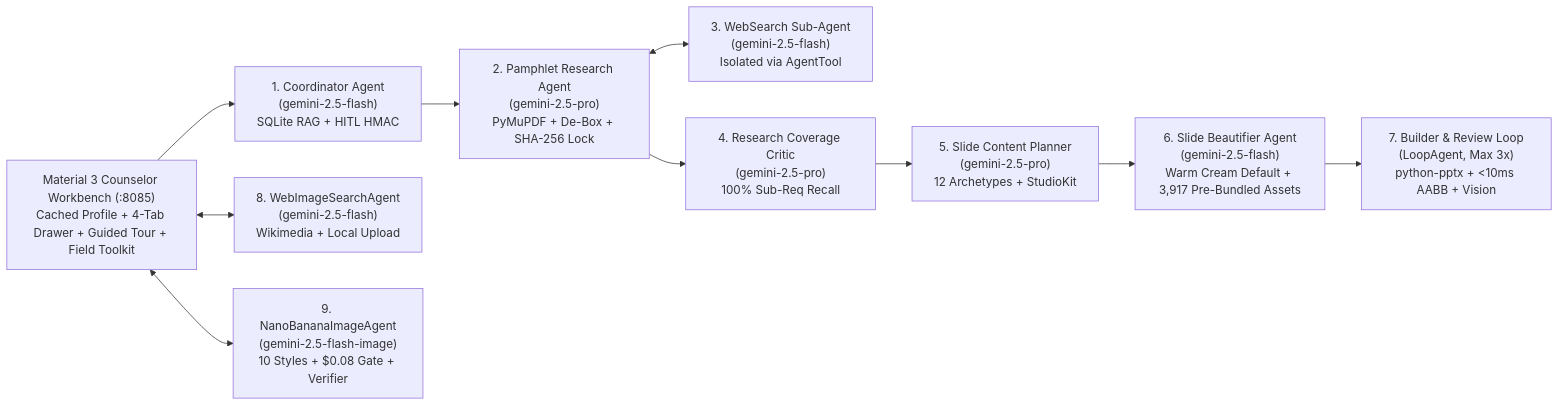
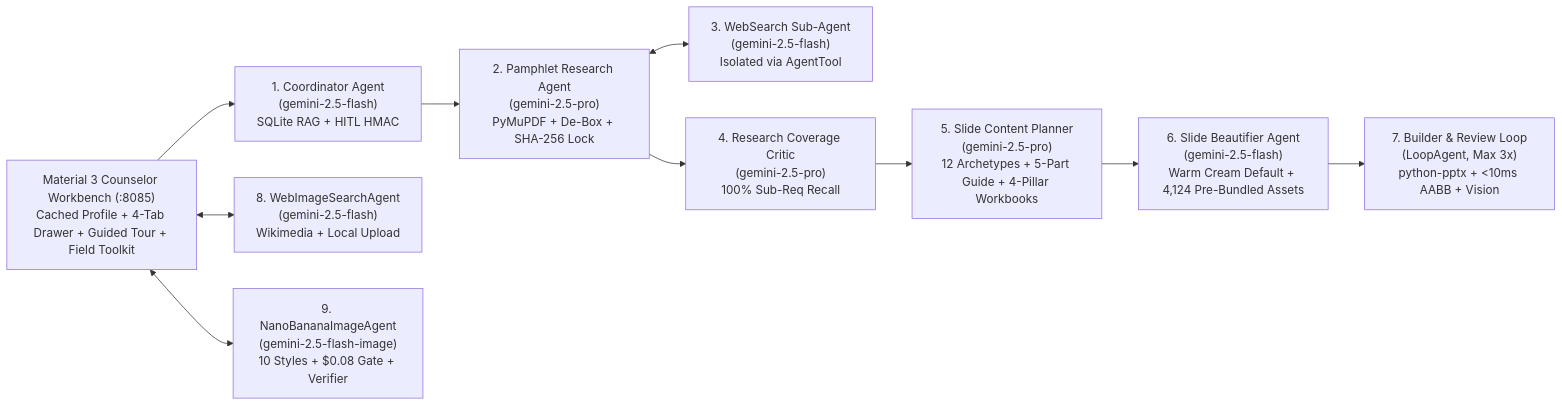
One commit to clayberg/scouts-bsa-merit-badge-agent changed the first of 2 diagrams in docs/TDD.md. Above: the diagram before and after it, drawn with Mermaid. The commit also changed other lines of this file and 193 other files, not shown here.

````diff
--- a/docs/TDD.md
+++ b/docs/TDD.md
@@ -87,12 +90,12 @@
 ```mermaid
 flowchart LR
     UI["Material 3 Counselor Workbench (:8085)\nCached Profile + 4-Tab Drawer + Guided Tour + Field Toolkit"] --> COORD["1. Coordinator Agent\n(gemini-2.5-flash)\nSQLite RAG + HITL HMAC"]
     COORD --> RES["2. Pamphlet Research Agent\n(gemini-2.5-pro)\nPyMuPDF + De-Box + SHA-256 Lock"]
     RES <--> SEARCH["3. WebSearch Sub-Agent\n(gemini-2.5-flash)\nIsolated via AgentTool"]
     RES --> RCRIT["4. Research Coverage Critic\n(gemini-2.5-pro)\n100% Sub-Req Recall"]
-    RCRIT --> PLAN["5. Slide Content Planner\n(gemini-2.5-pro)\n12 Archetypes + StudioKit"]
-    PLAN --> BEAUT["6. Slide Beautifier Agent\n(gemini-2.5-flash)\nWarm Cream Default + 3,917 Pre-Bundled Assets"]
+    RCRIT --> PLAN["5. Slide Content Planner\n(gemini-2.5-pro)\n12 Archetypes + 5-Part Guide + 4-Pillar Workbooks"]
+    PLAN --> BEAUT["6. Slide Beautifier Agent\n(gemini-2.5-flash)\nWarm Cream Default + 4,124 Pre-Bundled Assets"]
     BEAUT --> LOOP["7. Builder & Review Loop\n(LoopAgent, Max 3x)\npython-pptx + <10ms AABB + Vision"]
     UI <--> IMG_WEB["8. WebImageSearchAgent\n(gemini-2.5-flash)\nWikimedia + Local Upload"]
     UI <--> IMG_AI["9. NanoBananaImageAgent\n(gemini-2.5-flash-image)\n10 Styles + $0.08 Gate + Verifier"]
 ```
````
